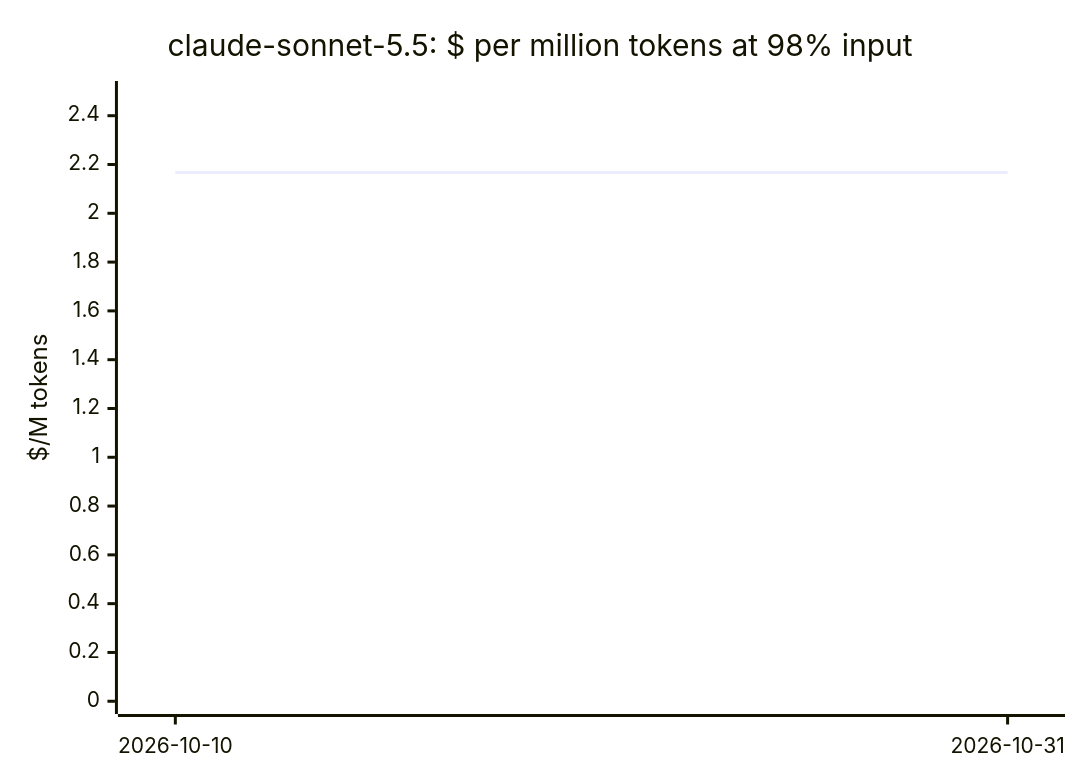
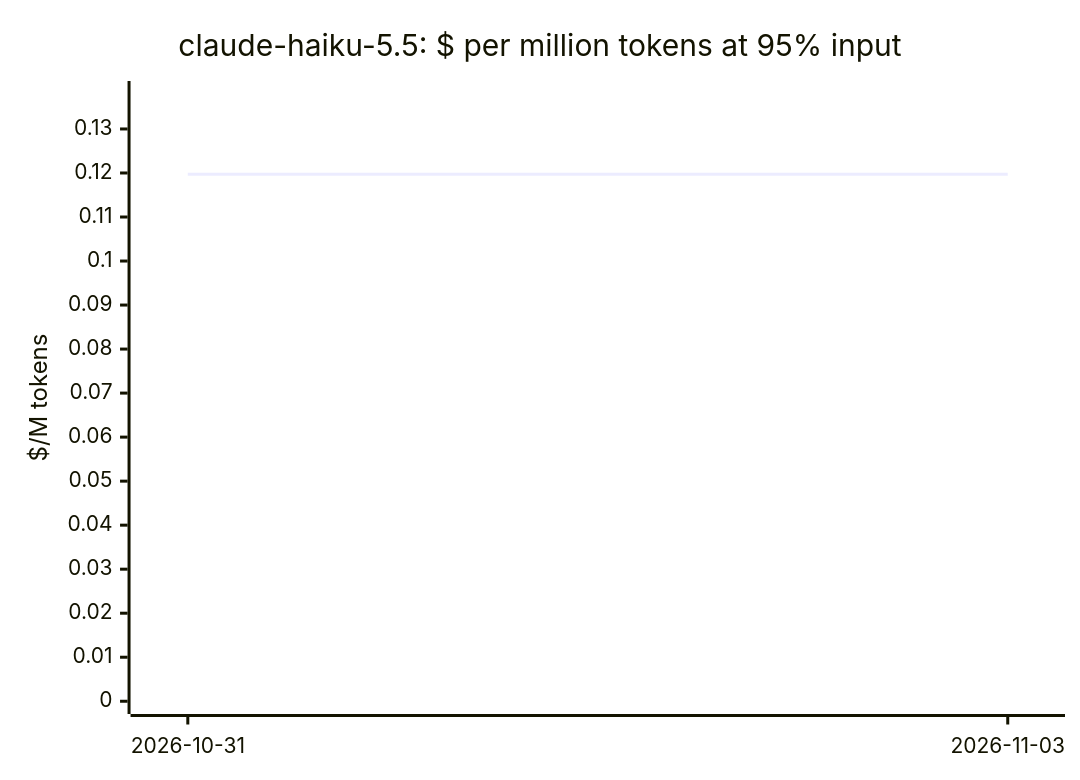
One commit to cklukas/OMEGA_TRANSFORM changed the fifth of 20 diagrams in docs/openrouter-models.md. Above: the diagram before and after it, drawn with Mermaid. The commit also changed other lines of this file and 469 other files, not shown here.

````diff
--- a/docs/openrouter-models.md
+++ b/docs/openrouter-models.md
@@ -179,7 +176,7 @@
 ```mermaid
 xychart-beta
-    title "claude-sonnet-5.5: $ per million tokens at 98% input"
-    x-axis ["2026-10-10", "2026-10-31"]
-    y-axis "$/M tokens" 0 --> 2.49
-    line [2.167, 2.167]
+    title "claude-haiku-5.5: $ per million tokens at 95% input"
+    x-axis ["2026-10-31", "2026-11-03"]
+    y-axis "$/M tokens" 0 --> 0.138
+    line [0.1197, 0.1197]
 ```
````
